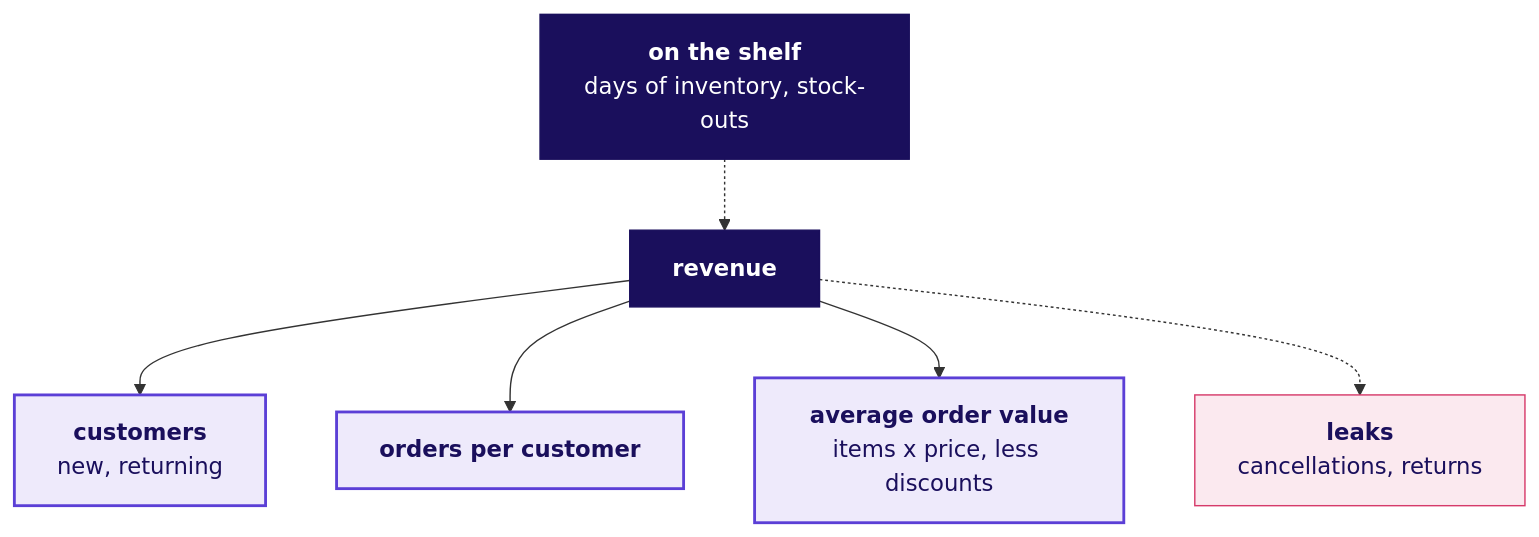
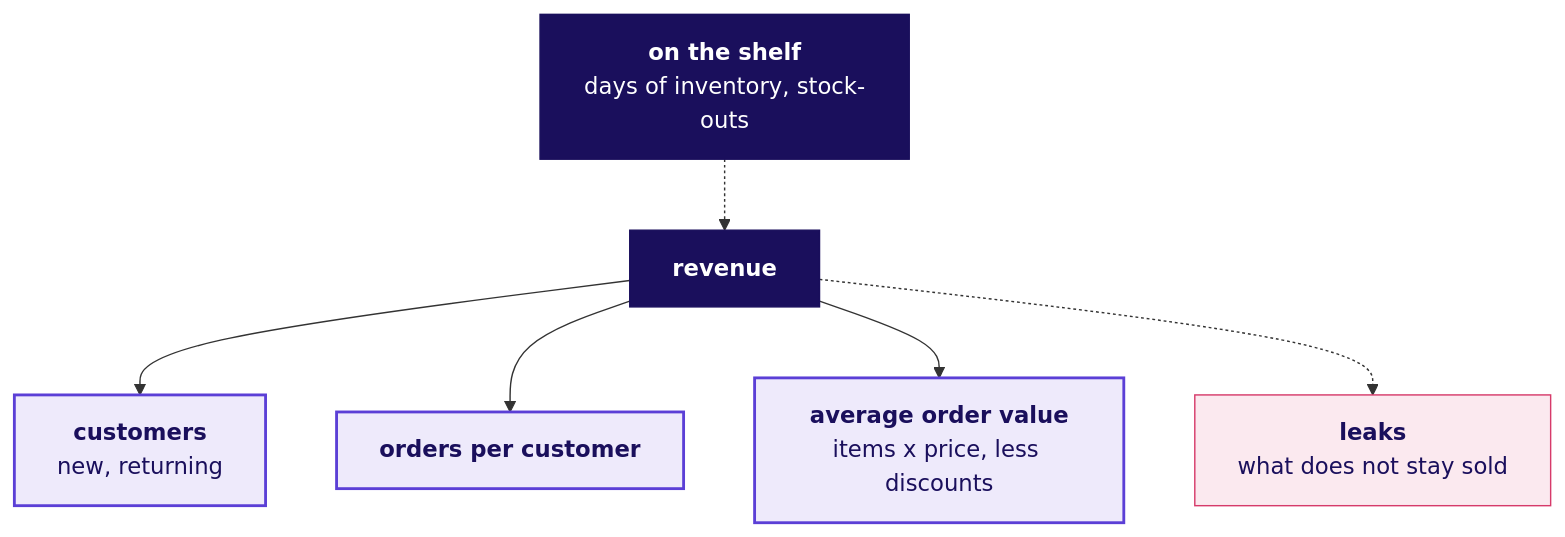
Before and after one commit to fde-academy-lab/c2-content-factory: the sixth of 7 diagrams in content/W01/D1/trainer/C2_W01_D01_domain_story_TRAINER.md, drawn with Mermaid. The commit also changed other lines of this file, not shown here.

````diff
--- a/content/W01/D1/trainer/C2_W01_D01_domain_story_TRAINER.md
+++ b/content/W01/D1/trainer/C2_W01_D01_domain_story_TRAINER.md
@@ -164,14 +165,14 @@
 ```mermaid
 flowchart TB
     S["<b>on the shelf</b><br/>days of inventory, stock-outs"] -.-> R["<b>revenue</b>"]
     R --> C["<b>customers</b><br/>new, returning"]
     R --> F["<b>orders per customer</b>"]
     R --> A["<b>average order value</b><br/>items x price, less discounts"]
-    R -.-> L["<b>leaks</b><br/>cancellations, returns"]
+    R -.-> L["<b>leaks</b><br/>what does not stay sold"]
     classDef known fill:#EEEAFB,stroke:#5B3FD6,color:#1A0F5C,stroke-width:2px
     classDef bad fill:#FBE9EF,stroke:#D63A6A,color:#1A0F5C
     classDef dark fill:#1A0F5C,stroke:#1A0F5C,color:#FFFFFF
     class C,F,A known
     class L bad
     class R,S dark
 ```
````
